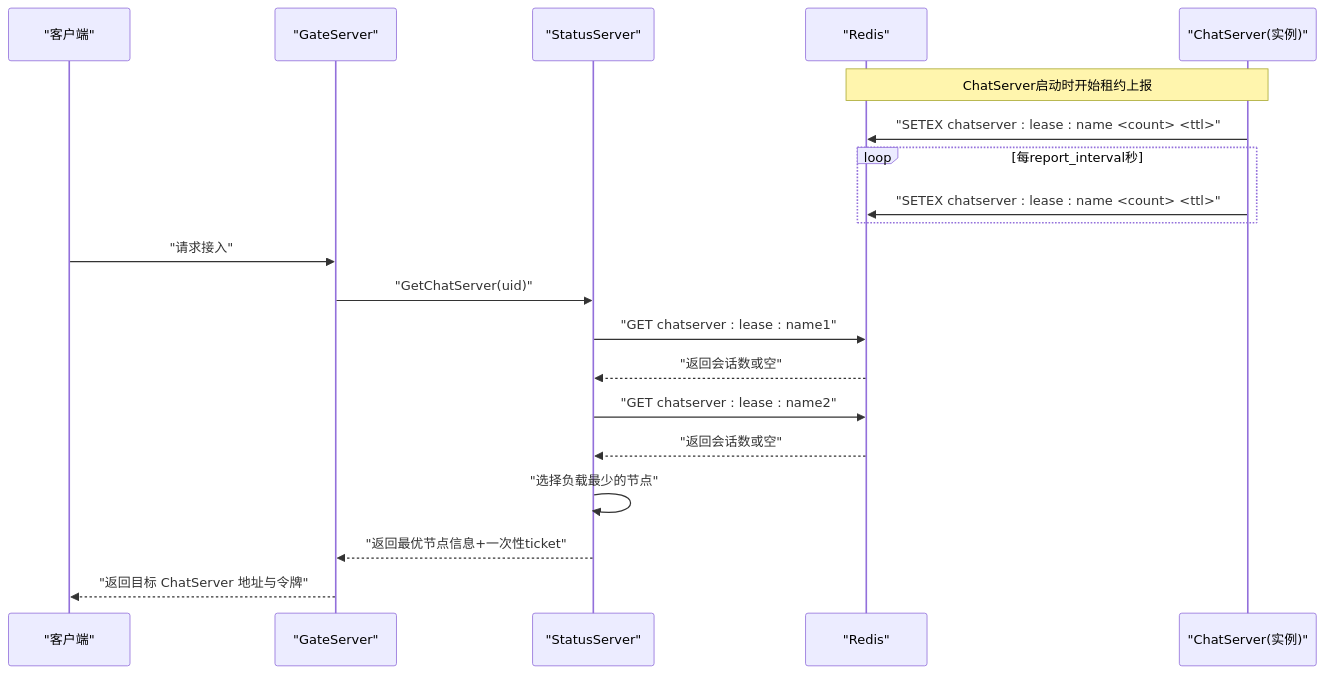
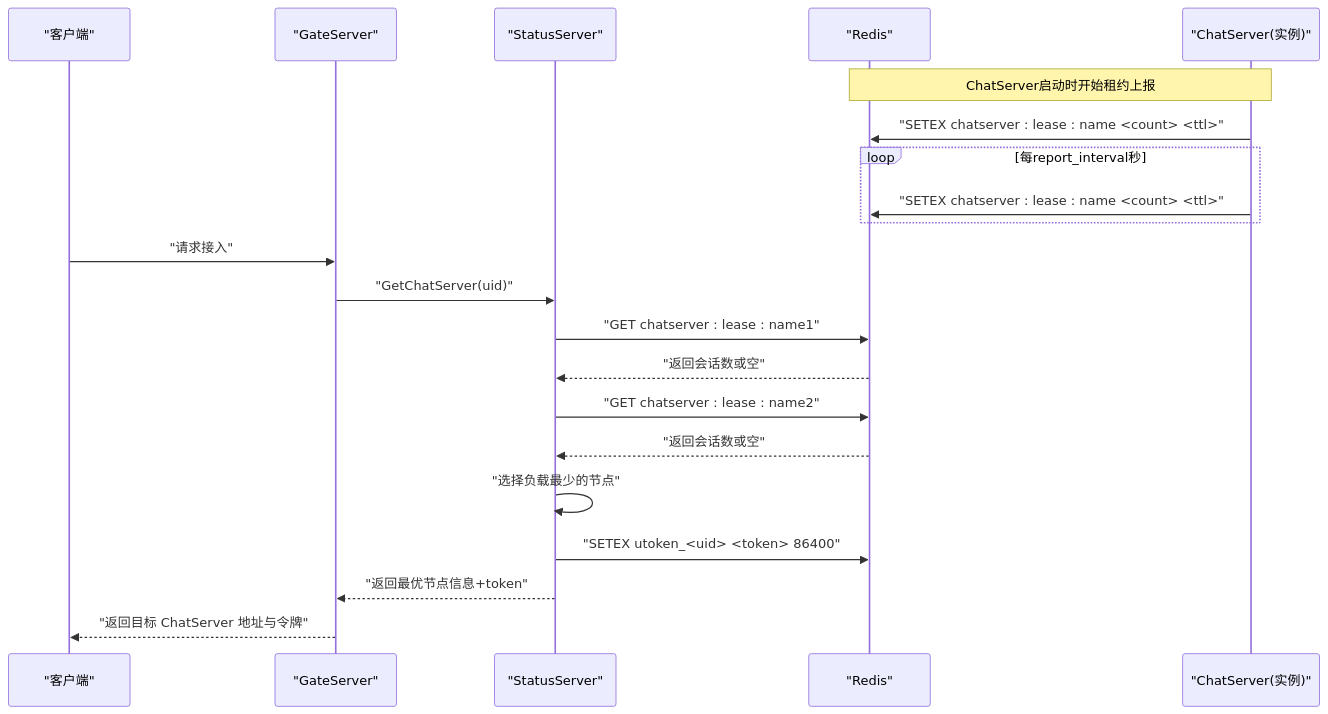
The second of 7 diagrams in .qoder/repowiki/zh/content/分布式系统/服务治理/服务注册与发现.md (echo9923/mychatter), drawn with Mermaid before and after one commit. The commit also changed other lines of this file and 58 other files, not shown here.

````diff
--- a/.qoder/repowiki/zh/content/分布式系统/服务治理/服务注册与发现.md
+++ b/.qoder/repowiki/zh/content/分布式系统/服务治理/服务注册与发现.md
@@ -98,22 +101,23 @@
 ```mermaid
 sequenceDiagram
 participant C as "客户端"
 participant G as "GateServer"
 participant S as "StatusServer"
 participant R as "Redis"
 participant CH as "ChatServer(实例)"
 Note over CH,R : ChatServer启动时开始租约上报
 CH->>R : "SETEX chatserver : lease : name <count> <ttl>"
 loop 每report_interval秒
 CH->>R : "SETEX chatserver : lease : name <count> <ttl>"
 end
 C->>G : "请求接入"
 G->>S : "GetChatServer(uid)"
 S->>R : "GET chatserver : lease : name1"
 R-->>S : "返回会话数或空"
 S->>R : "GET chatserver : lease : name2"
 R-->>S : "返回会话数或空"
 S->>S : "选择负载最少的节点"
-S-->>G : "返回最优节点信息+一次性ticket"
+S->>R : "SETEX utoken_<uid> <token> 86400"
+S-->>G : "返回最优节点信息+token"
 G-->>C : "返回目标 ChatServer 地址与令牌"
 ```
````
